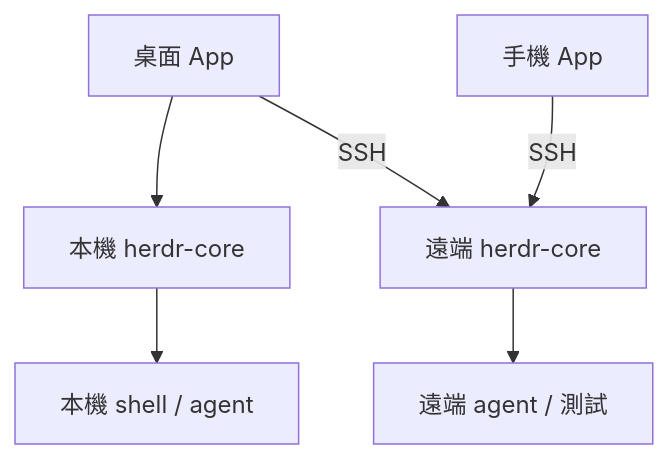
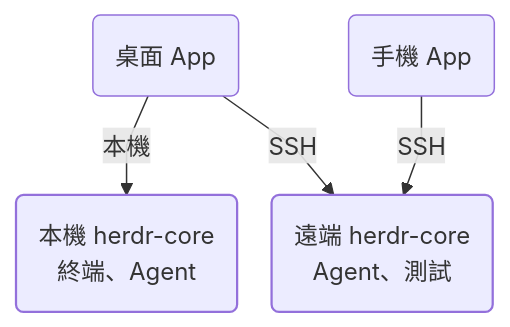
The first of 2 diagrams in src/content/blog/herdr.mdx (aiwlulu/aiwlulu.github.io), drawn with Mermaid before and after one commit. The commit also changed other lines of this file and 4 other files, not shown here.

````diff
--- a/src/content/blog/herdr.mdx
+++ b/src/content/blog/herdr.mdx
@@ -33,10 +37,21 @@
 ```mermaid
+---
+config:
+  flowchart:
+    nodeSpacing: 22
+    rankSpacing: 42
+    curve: linear
+---
 flowchart TB
   accTitle: Herdr App 的終端與執行主機
   accDescr: 桌面可連到本機或遠端 Herdr Core，手機透過 SSH 連到遠端。終端行程由各機的 Core 持有。
-  desktop["桌面 App"] --> local["本機 herdr-core"]
-  desktop -->|SSH| remote["遠端 herdr-core"]
-  mobile["手機 App"] -->|SSH| remote
-  local --> shell["本機 shell / agent"]
-  remote --> job["遠端 agent / 測試"]
+  desktop("桌面 App")
+  mobile("手機 App")
+  local("本機 herdr-core<br/>終端、Agent")
+  remote("遠端 herdr-core<br/>Agent、測試")
+  desktop -->|本機| local
+  desktop -->|SSH| remote
+  mobile -->|SSH| remote
+  classDef runtime stroke-width:1.5px
+  class local,remote runtime
 ```
````
